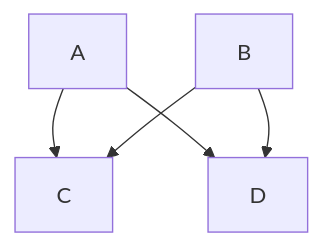
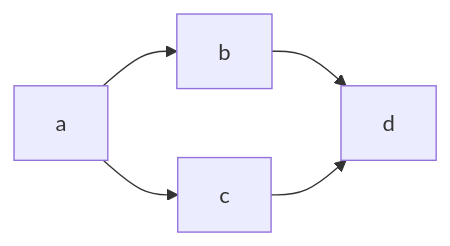
The fourth of 9 diagrams in src/md/mermaid.md (otoshimtoshi/knowledge), drawn with Mermaid before and after one commit. The commit also changed other lines of this file and 2 other files, not shown here.

Commit message:
mermaidの修正

```diff
--- a/src/md/mermaid.md
+++ b/src/md/mermaid.md
@@ -26,4 +58,4 @@
 <div class="mermaid">
-graph TB
-    A & B--> C & D
+graph LR
+   a --> b & c--> d
 </div>
```
